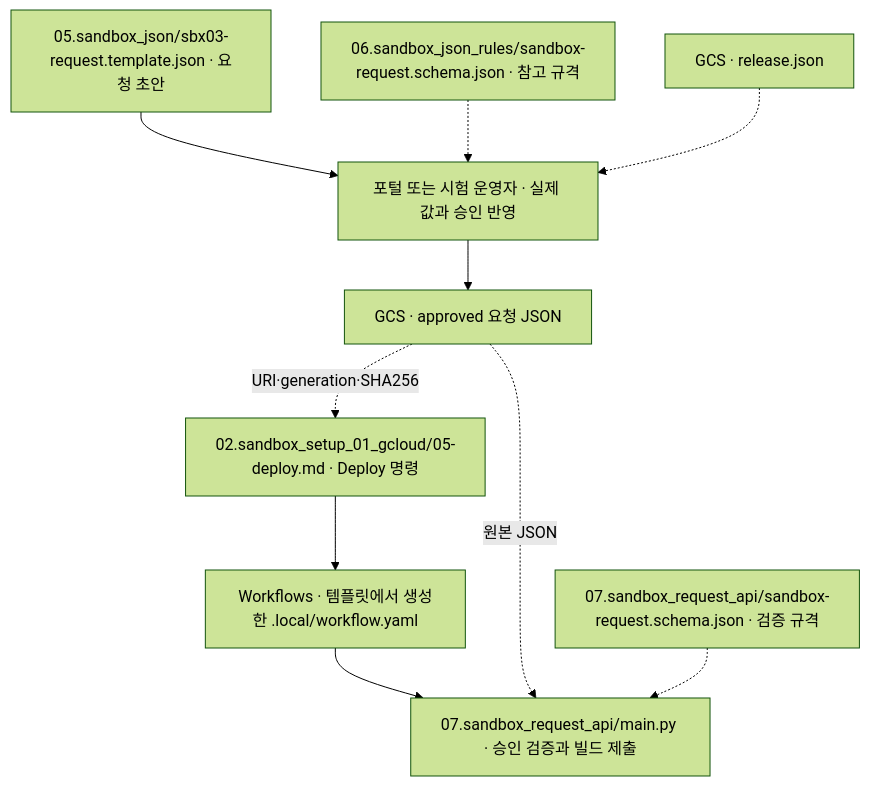
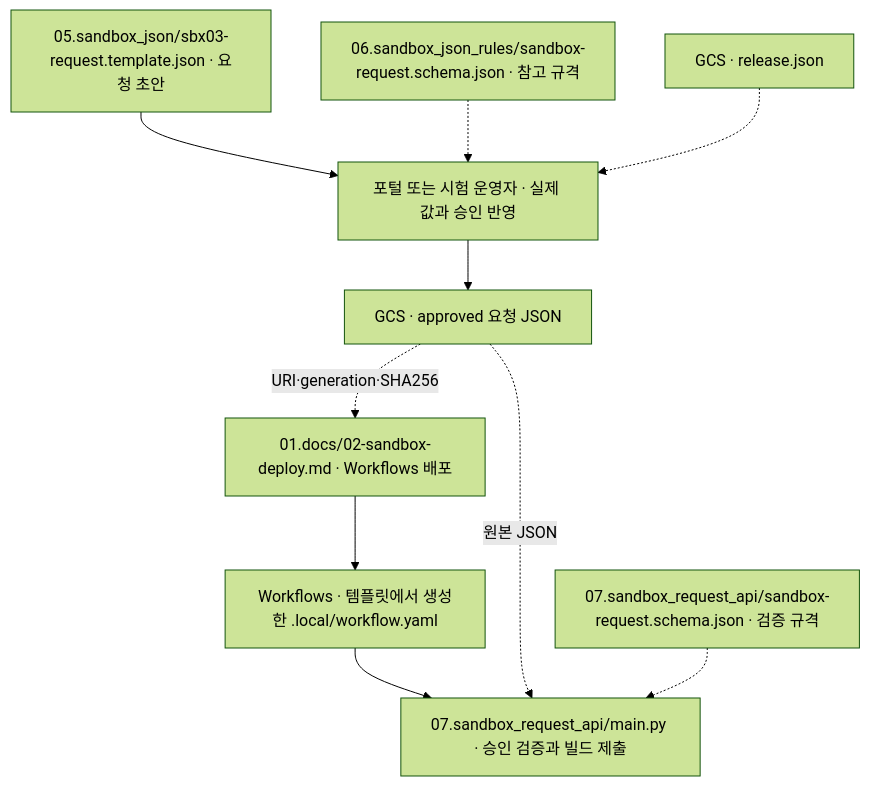
Before and after one commit to sonmap/https-github.com-sonmap-GCP_SBX_Test02: the fourth of 6 diagrams in 01.docs/reference/file-relationships.md, drawn with Mermaid (forest theme). The commit also changed other lines of this file and 32 other files, not shown here.

````diff
--- a/01.docs/reference/file-relationships.md
+++ b/01.docs/reference/file-relationships.md
@@ -91,21 +91,21 @@
 ```mermaid
 flowchart TD
     T["05.sandbox_json/sbx03-request.template.json · 요청 초안"]
     R["06.sandbox_json_rules/sandbox-request.schema.json · 참고 규격"]
     ZIP["GCS · release.json"]
     P["포털 또는 시험 운영자 · 실제 값과 승인 반영"]
     S["GCS · approved 요청 JSON"]
-    OP["02.sandbox_setup_01_gcloud/05-deploy.md · Deploy 명령"]
+    OP["01.docs/02-sandbox-deploy.md · Workflows 배포"]
     WF["Workflows · 템플릿에서 생성한 .local/workflow.yaml"]
     API["07.sandbox_request_api/main.py · 승인 검증과 빌드 제출"]
     V["07.sandbox_request_api/sandbox-request.schema.json · 검증 규격"]
 
     T --> P
     R -.-> P
     ZIP -.-> P
     P --> S
     S -. "URI·generation·SHA256" .-> OP
     OP --> WF --> API
     S -. "원본 JSON" .-> API
     V -.-> API
 ```
````
